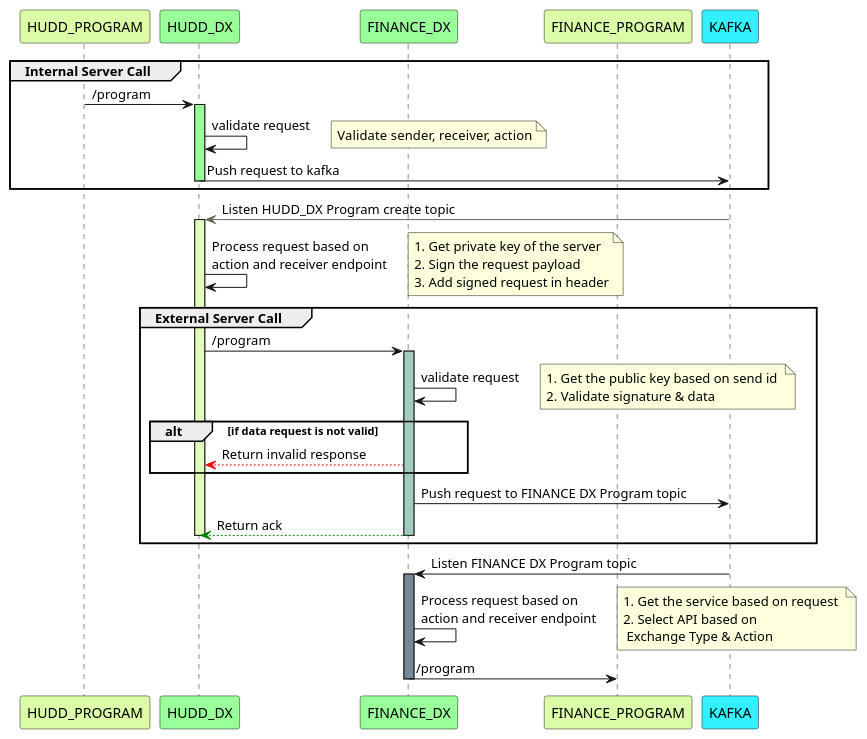
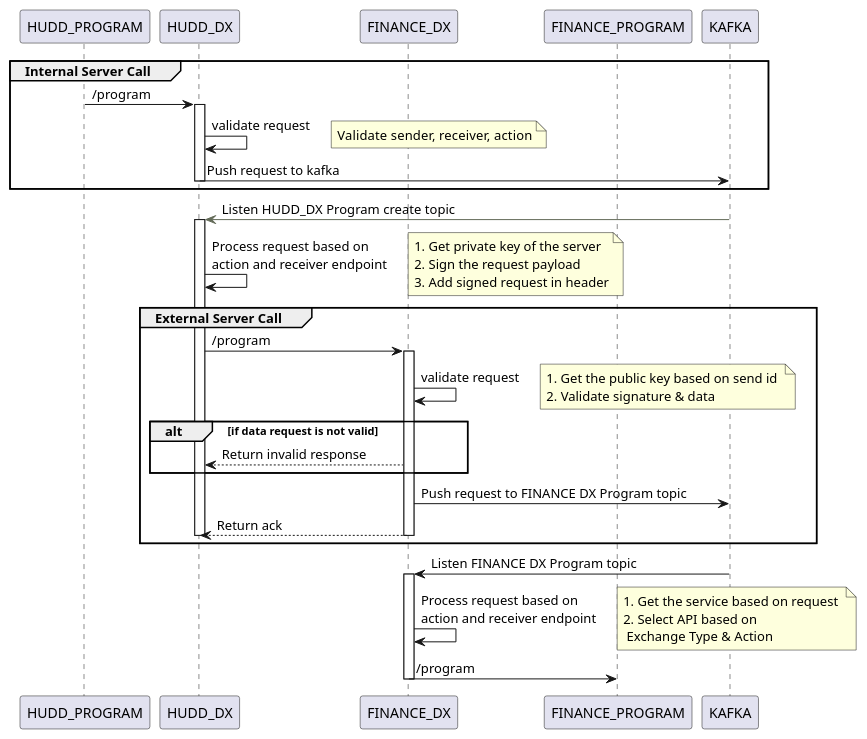
The diagram in designs/digit-exchange/exchange-v2.puml (shailesh-egov/works), drawn with PlantUML before and after one commit. The commit also changed 45 other files, not shown here.

```diff
--- a/designs/digit-exchange/exchange-v2.puml
+++ b/designs/digit-exchange/exchange-v2.puml
@@ -1,47 +1,47 @@
 @startuml
 'actor  as User order 0
-participant HUDD_PROGRAM as HUDD_PROGRAM order 1 #dbfda7
-participant HUDD_DX as HUDD_DX order 2 #99FF99
-participant FINANCE_DX as FINANCE_DX order 3 #99FF99
-participant FINANCE_PROGRAM as FINANCE_PROGRAM order 4 #dbfda7
-participant KAFKA as KAFKA order 6 #33f0ff
+participant HUDD_PROGRAM as HUDD_PROGRAM order 1
+participant HUDD_DX as HUDD_DX order 2
+participant FINANCE_DX as FINANCE_DX order 3
+participant FINANCE_PROGRAM as FINANCE_PROGRAM order 4
+participant KAFKA as KAFKA order 6
 
 group Internal Server Call
     HUDD_PROGRAM -> HUDD_DX:  /program
-    activate HUDD_DX #99FF99
+    activate HUDD_DX
     HUDD_DX -> HUDD_DX: validate request
     note right: Validate sender, receiver, action
 
     HUDD_DX -> KAFKA: Push request to kafka
     deactivate HUDD_DX
 end
 deactivate HUDD_PROGRAM
 HUDD_DX <[#636b58]- KAFKA: Listen HUDD_DX Program create topic
-activate HUDD_DX #e3fcbe
+activate HUDD_DX
 HUDD_DX -> HUDD_DX: Process request based on \naction and receiver endpoint
 note right: 1. Get private key of the server \n2. Sign the request payload \n3. Add signed request in header
 
 group External Server Call
 HUDD_DX -> FINANCE_DX:  /program
-activate FINANCE_DX #a3ccbe
+activate FINANCE_DX
 FINANCE_DX -> FINANCE_DX: validate request
 note right: 1. Get the public key based on send id \n2. Validate signature & data
 alt if data request is not valid
-HUDD_DX <-[#red]- FINANCE_DX: Return invalid response
+HUDD_DX <-- FINANCE_DX: Return invalid response
 end
 FINANCE_DX -> KAFKA: Push request to FINANCE DX Program topic
-HUDD_DX <-[#green]- FINANCE_DX:  Return ack
+HUDD_DX <-- FINANCE_DX:  Return ack
 deactivate HUDD_DX
 deactivate FINANCE_DX
 end
 FINANCE_DX <- KAFKA: Listen FINANCE DX Program topic
-activate FINANCE_DX #778899
+activate FINANCE_DX
 FINANCE_DX -> FINANCE_DX: Process request based on \naction and receiver endpoint
 note right: 1. Get the service based on request \n2. Select API based on \n Exchange Type & Action
 FINANCE_DX -> FINANCE_PROGRAM:  /program
 
 deactivate HUDD_DX
 deactivate FINANCE_DX
 
 
 @enduml
```
